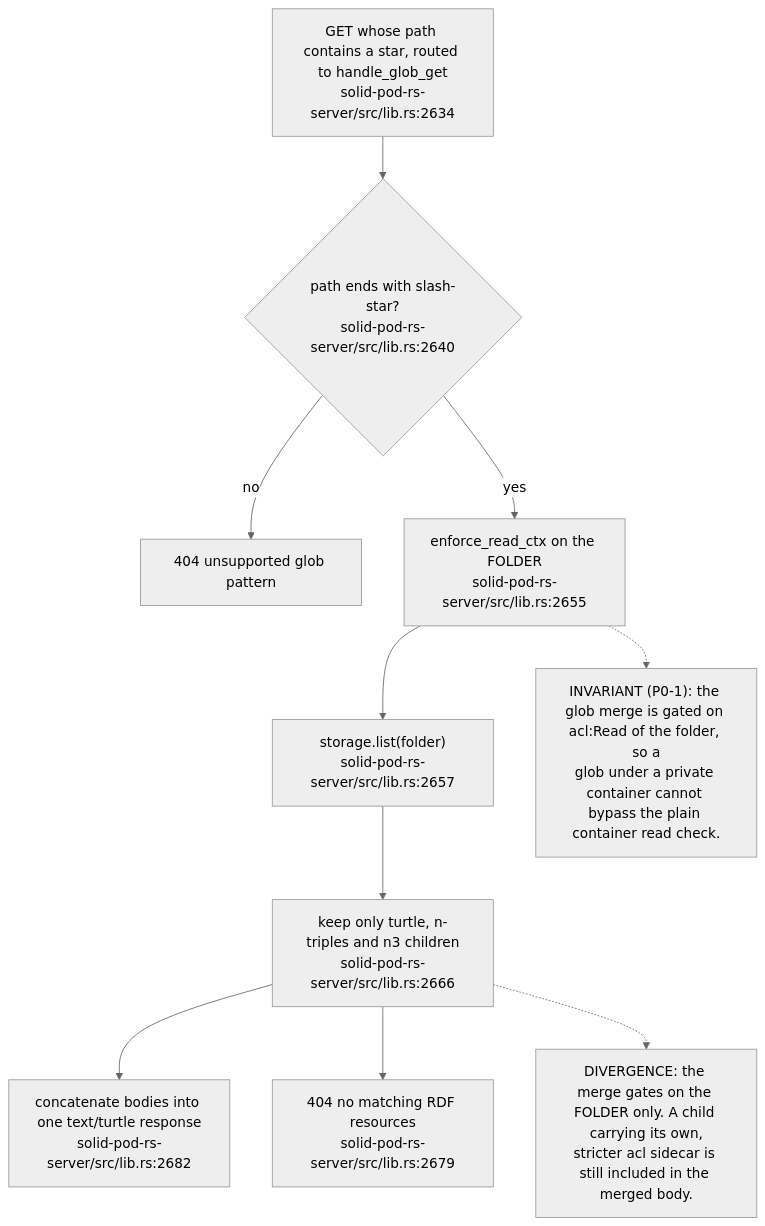
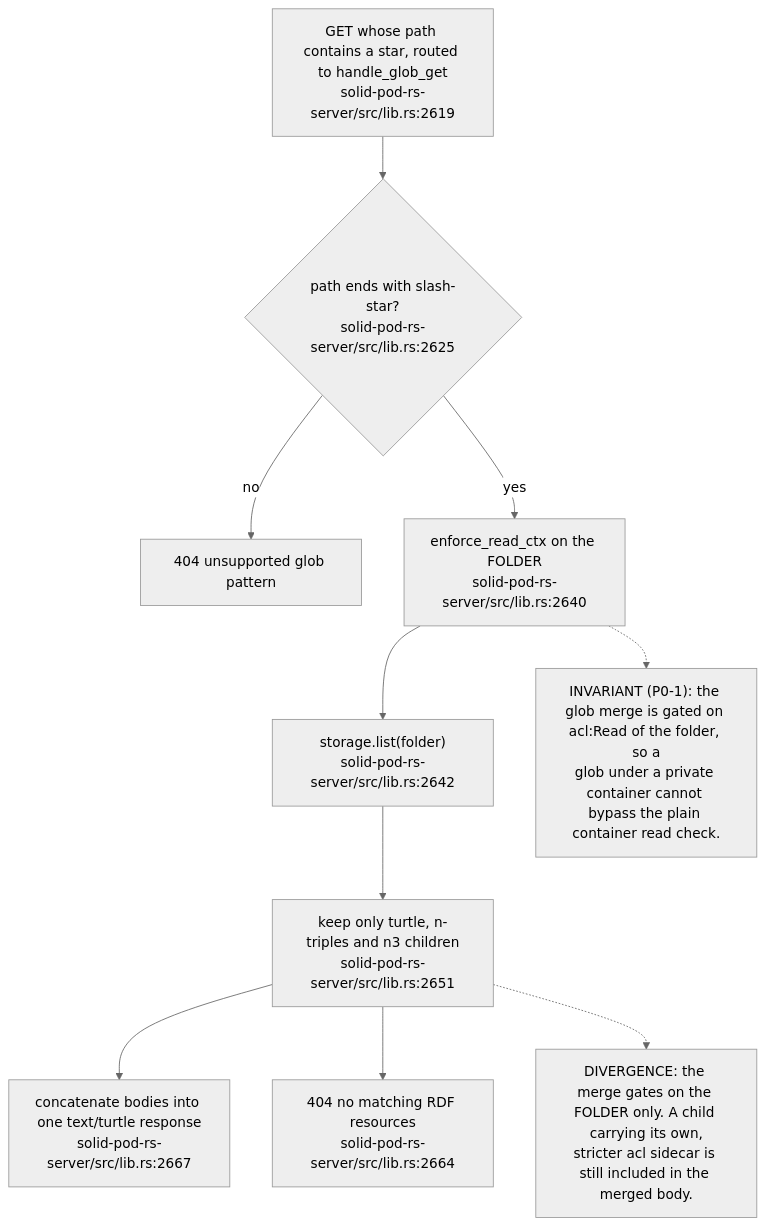
One commit to DreamLab-AI/VisionFlow changed the eighth of 11 diagrams in docs/diagrams/solid-pod-rs/03-ldp-request-lifecycle.md. Above: the diagram before and after it, drawn with Mermaid (neutral theme). The commit also changed other lines of this file and 21 other files, not shown here.

Commit message:
docs(diagrams): refresh first verified estate batch

````diff
--- a/docs/diagrams/solid-pod-rs/03-ldp-request-lifecycle.md
+++ b/docs/diagrams/solid-pod-rs/03-ldp-request-lifecycle.md
@@ -242,21 +242,21 @@
 ```mermaid
 flowchart TD
-    IN["GET whose path contains a star, routed to handle_glob_get<br/>solid-pod-rs-server/src/lib.rs:2634"]
-    PAT{"path ends with slash-star?<br/>solid-pod-rs-server/src/lib.rs:2640"}
+    IN["GET whose path contains a star, routed to handle_glob_get<br/>solid-pod-rs-server/src/lib.rs:2619"]
+    PAT{"path ends with slash-star?<br/>solid-pod-rs-server/src/lib.rs:2625"}
     NF["404 unsupported glob pattern"]
-    GATE["enforce_read_ctx on the FOLDER<br/>solid-pod-rs-server/src/lib.rs:2655"]
-    LIST["storage.list(folder)<br/>solid-pod-rs-server/src/lib.rs:2657"]
-    FILTER["keep only turtle, n-triples and n3 children<br/>solid-pod-rs-server/src/lib.rs:2666"]
-    MERGE["concatenate bodies into one text/turtle response<br/>solid-pod-rs-server/src/lib.rs:2682"]
-    EMPTY["404 no matching RDF resources<br/>solid-pod-rs-server/src/lib.rs:2679"]
+    GATE["enforce_read_ctx on the FOLDER<br/>solid-pod-rs-server/src/lib.rs:2640"]
+    LIST["storage.list(folder)<br/>solid-pod-rs-server/src/lib.rs:2642"]
+    FILTER["keep only turtle, n-triples and n3 children<br/>solid-pod-rs-server/src/lib.rs:2651"]
+    MERGE["concatenate bodies into one text/turtle response<br/>solid-pod-rs-server/src/lib.rs:2667"]
+    EMPTY["404 no matching RDF resources<br/>solid-pod-rs-server/src/lib.rs:2664"]
 
     IN --> PAT
     PAT -- no --> NF
     PAT -- yes --> GATE --> LIST --> FILTER --> MERGE
     FILTER --> EMPTY
 
     N["INVARIANT (P0-1): the glob merge is gated on acl:Read of the folder, so a<br/>glob under a private container cannot bypass the plain container read check."]
     GATE -.-> N
     N2["DIVERGENCE: the merge gates on the FOLDER only. A child carrying its own,<br/>stricter acl sidecar is still included in the merged body."]
     FILTER -.-> N2
 ```
````
